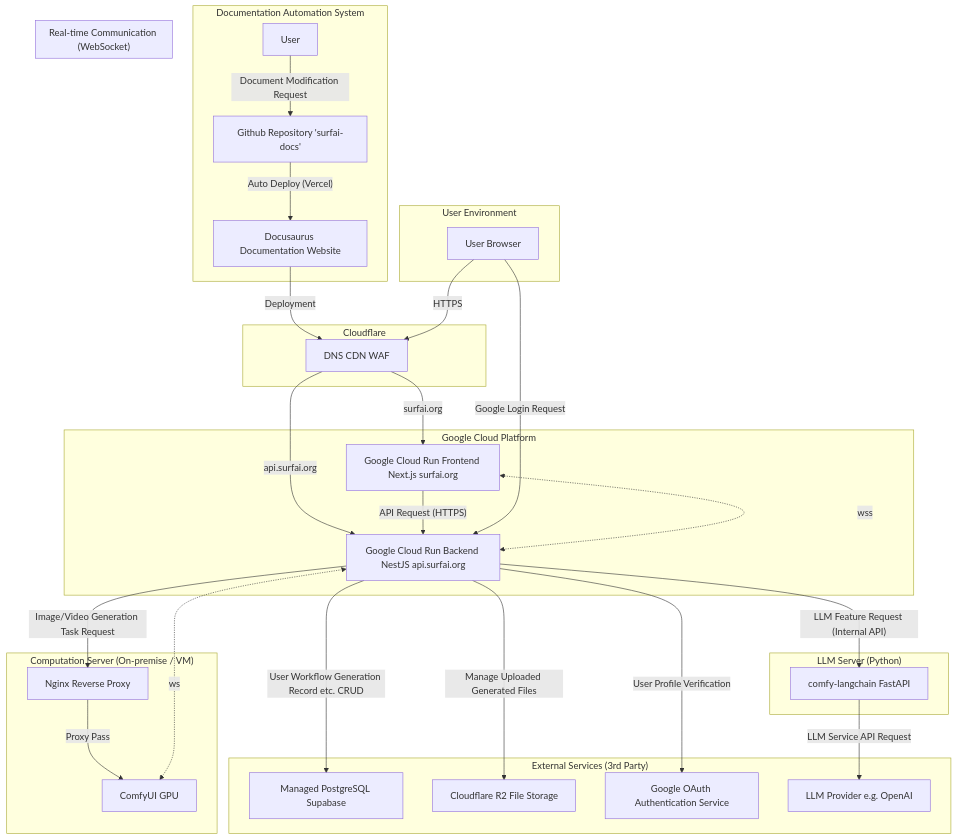
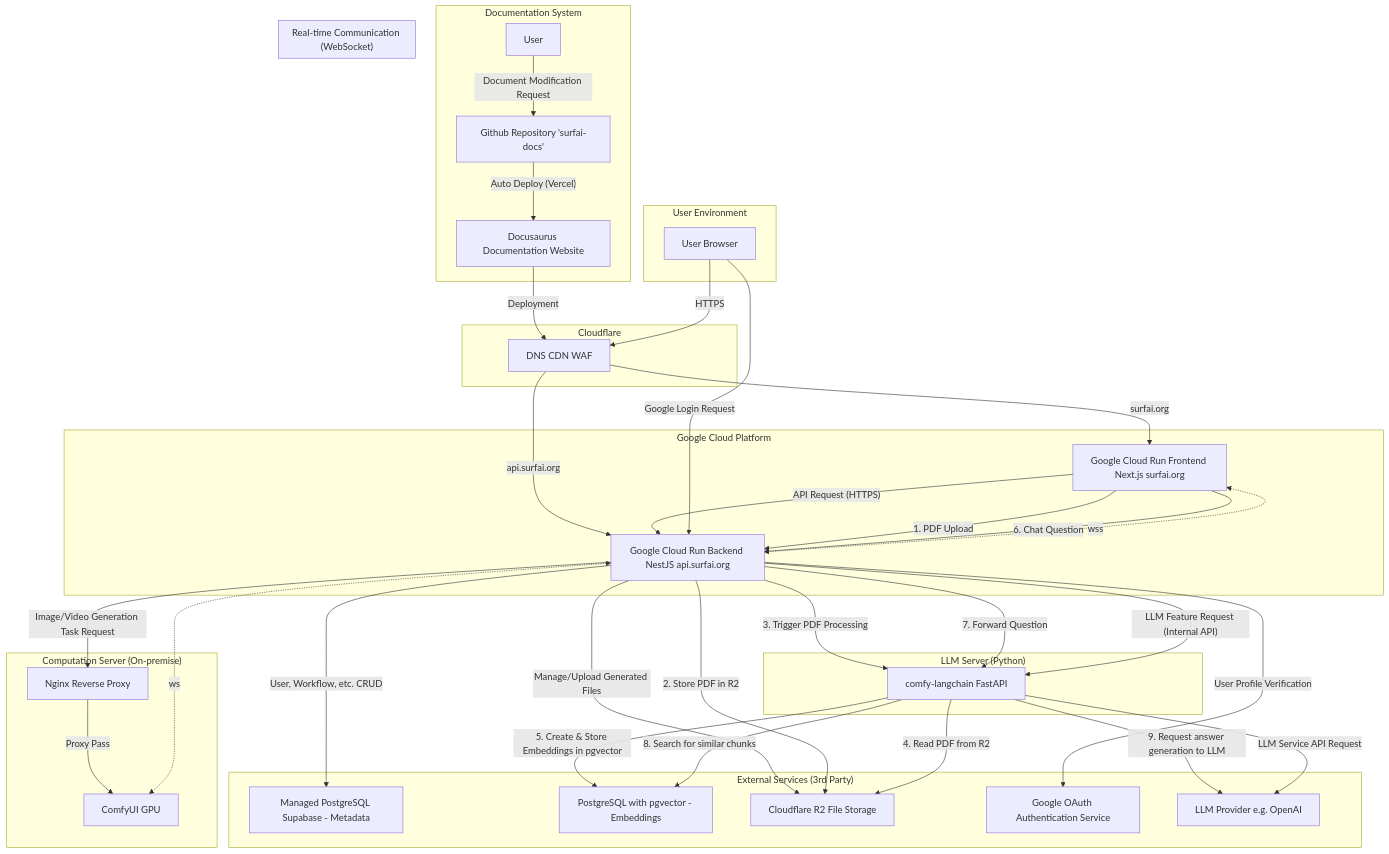
The diagram in website/i18n/en/docusaurus-plugin-content-docs/current/project-overview/architecture/ARCHITECTURE.md (jaytsol/surfai-docs), drawn with Mermaid before and after one commit. The commit also changed other lines of this file and 4 other files, not shown here.

````diff
--- a/website/i18n/en/docusaurus-plugin-content-docs/current/project-overview/architecture/ARCHITECTURE.md
+++ b/website/i18n/en/docusaurus-plugin-content-docs/current/project-overview/architecture/ARCHITECTURE.md
@@ -21,65 +21,77 @@
 ```mermaid
 graph TD
     subgraph "User Environment"
         A[User Browser]
     end
 
     subgraph "Cloudflare"
         B[DNS CDN WAF]
     end
 
     subgraph "Google Cloud Platform"
         C[Google Cloud Run Frontend Next.js surfai.org]
         D[Google Cloud Run Backend NestJS api.surfai.org]
     end
 
     subgraph "External Services (3rd Party)"
-        E[Managed PostgreSQL Supabase]
+        E[Managed PostgreSQL Supabase - Metadata]
+        E_pgvector[PostgreSQL with pgvector - Embeddings]
         F[Cloudflare R2 File Storage]
         H[Google OAuth Authentication Service]
         K[LLM Provider e.g. OpenAI]
     end
     
-    subgraph "Computation Server (On-premise / VM)"
+    subgraph "Computation Server (On-premise)"
         G_Proxy[Nginx Reverse Proxy]
         G[ComfyUI GPU]
         G_Proxy -- Proxy Pass --> G
     end
 
     subgraph "LLM Server (Python)"
         L[comfy-langchain FastAPI]
     end
 
-    subgraph "Documentation Automation System"
+    subgraph "Documentation System"
         I[Docusaurus Documentation Website]
         J[Github Repository 'surfai-docs']
         I -- Deployment --> B
         User -- Document Modification Request --> J
         J -- Auto Deploy (Vercel) --> I
     end
 
-    %% --- Data Flow Definition ---
-
+    %% --- Basic Data Flow Definition ---
     A -- HTTPS --> B;
     B -- surfai.org --> C;
     B -- api.surfai.org --> D;
-    
     C -- API Request (HTTPS) --> D;
     
     %% Authentication Flow
     A -- Google Login Request --> D;
     D -- User Profile Verification --> H;
 
-    %% Backend Logic
-    D -- "User Workflow Generation Record etc. CRUD" --> E;
-    D -- "Manage Uploaded Generated Files" --> F;
+    %% Image/Video Generation Backend Logic
+    D -- "User, Workflow, etc. CRUD" --> E;
+    D -- "Manage/Upload Generated Files" --> F;
     D -- "Image/Video Generation Task Request" --> G_Proxy;
+    
+    %% RAG-based PDF Chat Backend Logic
+    C -- "1. PDF Upload" --> D;
+    D -- "2. Store PDF in R2" --> F;
+    D -- "3. Trigger PDF Processing" --> L;
+    L -- "4. Read PDF from R2" --> F;
+    L -- "5. Create & Store Embeddings in pgvector" --> E_pgvector;
+    C -- "6. Chat Question" --> D;
+    D -- "7. Forward Question" --> L;
+    L -- "8. Search for similar chunks" --> E_pgvector;
+    L -- "9. Request answer generation to LLM" --> K;
+
+    %% General LLM Feature (Existing Chat)
     D -- "LLM Feature Request (Internal API)" --> L;
     L -- "LLM Service API Request" --> K;
     
     %% Real-time Communication (WebSocket)
     subgraph "Real-time Communication (WebSocket)"
         C <-. wss .-> D
         D <-. ws .-> G
     end
 ```
````
